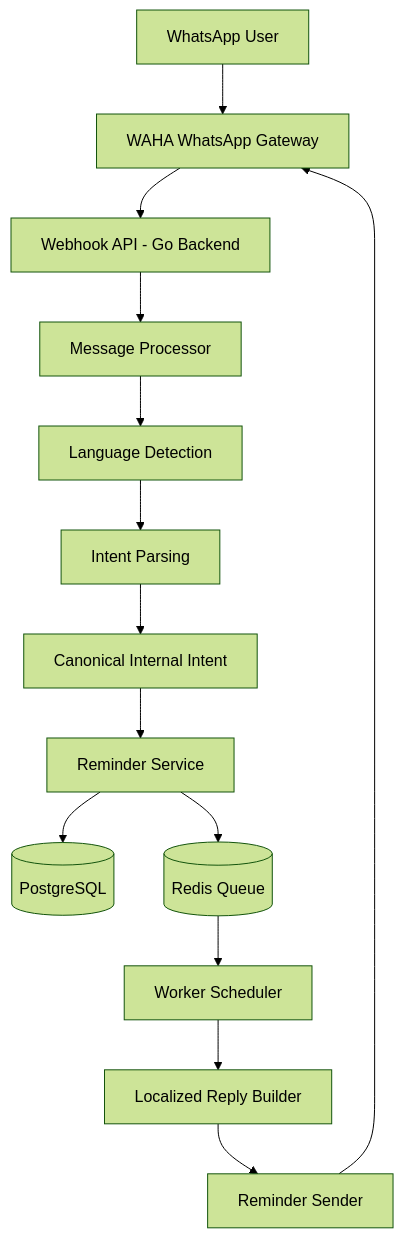
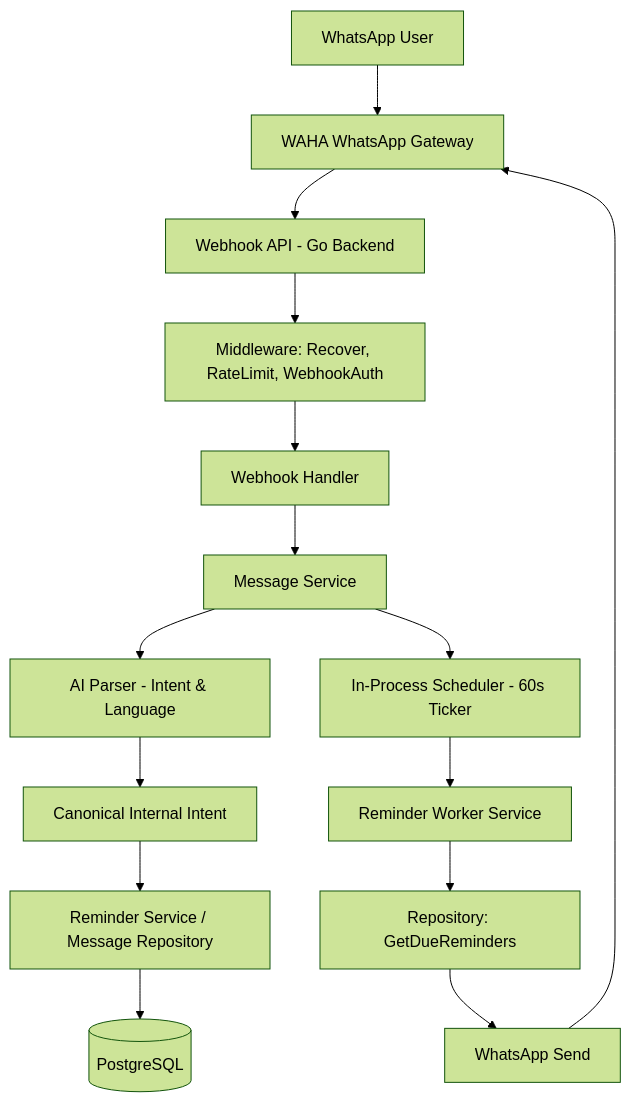
Before and after one commit to nazhifsetya27/Nemoris: the first of 5 diagrams in docs/architecture.md, drawn with Mermaid (forest theme). The commit also changed other lines of this file and 5 other files, not shown here.

````diff
--- a/docs/architecture.md
+++ b/docs/architecture.md
@@ -67,29 +66,31 @@
 ```mermaid
 flowchart TD
 
 A[WhatsApp User] --> B[WAHA WhatsApp Gateway]
 
 B --> C[Webhook API - Go Backend]
 
-C --> D[Message Processor]
+C --> D[Middleware: Recover, RateLimit, WebhookAuth]
 
-D --> E[Language Detection]
+D --> E[Webhook Handler]
 
-E --> F[Intent Parsing]
+E --> F[Message Service]
 
-F --> G[Canonical Internal Intent]
+F --> G[AI Parser - Intent & Language]
 
-G --> H[Reminder Service]
+G --> H[Canonical Internal Intent]
 
-H --> I[(PostgreSQL)]
+H --> I[Reminder Service / Message Repository]
 
-H --> J[(Redis Queue)]
+I --> J[(PostgreSQL)]
 
-J --> K[Worker Scheduler]
+F --> K[In-Process Scheduler - 60s Ticker]
 
-K --> L[Localized Reply Builder]
+K --> L[Reminder Worker Service]
 
-L --> M[Reminder Sender]
+L --> M[Repository: GetDueReminders]
 
-M --> B
+M --> N[WhatsApp Send]
+
+N --> B
 ```
````
